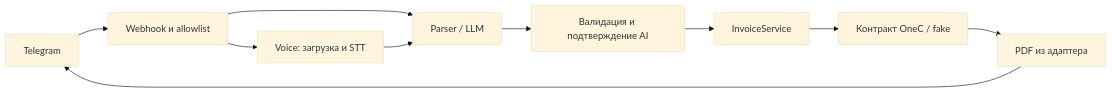
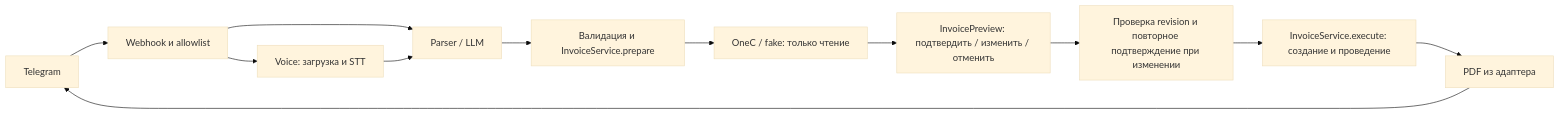
One commit to plykinbaf664-sys/ai-buhgalter changed the diagram in README.md. Above: the diagram before and after it, drawn with Mermaid (base theme). The commit also changed other lines of this file and 33 other files, not shown here.

````diff
--- a/README.md
+++ b/README.md
@@ -18,12 +24,14 @@
 ```mermaid
 flowchart LR
     T[Telegram] --> A[Webhook и allowlist]
     A --> V[Voice: загрузка и STT]
     A --> P[Parser / LLM]
     V --> P
-    P --> C[Валидация и подтверждение AI]
-    C --> S[InvoiceService]
-    S --> O[Контракт OneC / fake]
-    O --> F[PDF из адаптера]
+    P --> S[Валидация и InvoiceService.prepare]
+    S --> O[OneC / fake: только чтение]
+    O --> C[InvoicePreview: подтвердить / изменить / отменить]
+    C --> R[Проверка revision и повторное подтверждение при изменении]
+    R --> W[InvoiceService.execute: создание и проведение]
+    W --> F[PDF из адаптера]
     F --> T
 ```
````
